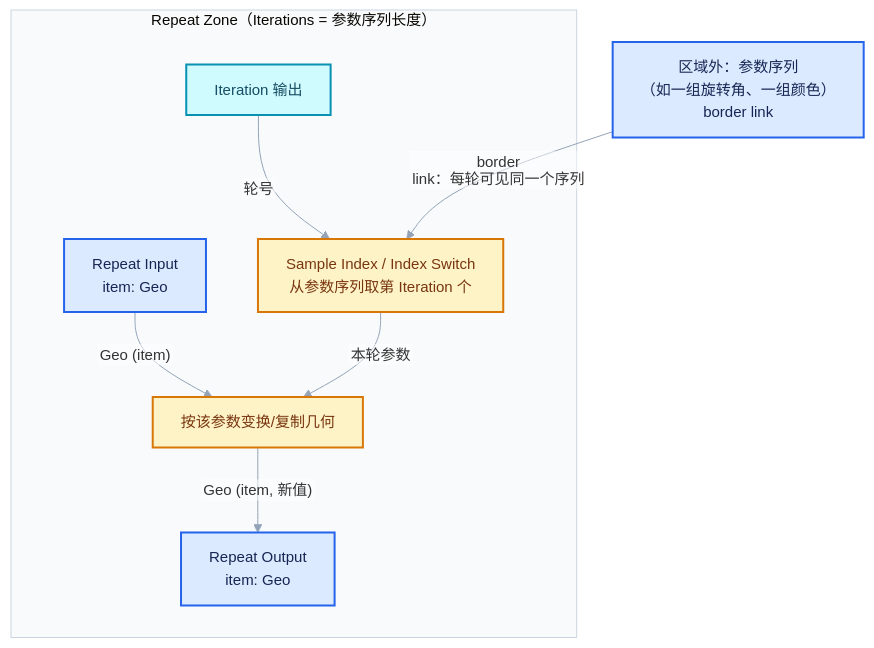
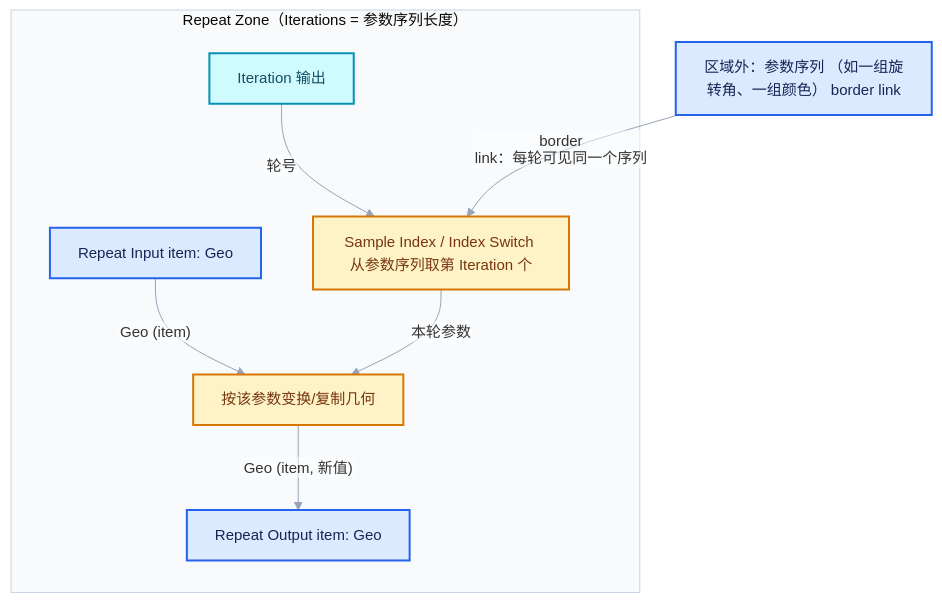
Before and after one commit to yunkezengren/blender-.vscode: diagram 14 of 16 in 杂/markdown/重复区域-dsh/06-实战与性能/01-使用模式与迭代设计.md, drawn with Mermaid. The commit also changed other lines of this file and 27 other files, not shown here.

````diff
--- a/杂/markdown/重复区域-dsh/06-实战与性能/01-使用模式与迭代设计.md
+++ b/杂/markdown/重复区域-dsh/06-实战与性能/01-使用模式与迭代设计.md
@@ -799,26 +780,26 @@
 ```mermaid
 %%{init: {"theme":"base","themeVariables":{"fontFamily":"\"Segoe UI\",\"Microsoft YaHei\",sans-serif","fontSize":"15px","lineColor":"#94A3B8","edgeLabelBackground":"#FFFFFF","clusterBkg":"#F8FAFC","clusterBorder":"#CBD5E1"},"flowchart":{"htmlLabels":false,"curve":"basis","nodeSpacing":52,"rankSpacing":64,"padding":14,"diagramPadding":16,"useMaxWidth":true},"sequence":{"useMaxWidth":true,"wrap":true,"mirrorActors":false,"messageMargin":36}}}%%
 flowchart TB
     subgraph ZONE["Repeat Zone（Iterations = 参数序列长度）"]
-        RI["Repeat Input<br/>item: Geo"]:::input
-        RO["Repeat Output<br/>item: Geo"]:::input
+        RI["Repeat Input item: Geo"]:::input
+        RO["Repeat Output item: Geo"]:::input
         ITER["Iteration 输出"]:::data
 
-        LOOKUP["Sample Index / Index Switch<br/>从参数序列取第 Iteration 个"]:::compute
+        LOOKUP["Sample Index / Index Switch 从参数序列取第 Iteration 个"]:::compute
         APPLY["按该参数变换/复制几何"]:::compute
 
         RI -- "Geo (item)" --> APPLY
         ITER -- "轮号" --> LOOKUP
         LOOKUP -- "本轮参数" --> APPLY
         APPLY -- "Geo (item, 新值)" --> RO
     end
-    PARAMS["区域外：参数序列<br/>（如一组旋转角、一组颜色）<br/>border link"]:::input
+    PARAMS["区域外：参数序列 （如一组旋转角、一组颜色） border link"]:::input
     PARAMS -- "border link：每轮可见同一个序列" --> LOOKUP
 
     classDef input fill:#DBEAFE,stroke:#2563EB,color:#172554,stroke-width:2px;
     classDef data fill:#CFFAFE,stroke:#0891B2,color:#164E63,stroke-width:2px;
     classDef abstraction fill:#EDE9FE,stroke:#7C3AED,color:#3B0764,stroke-width:2px;
     classDef compute fill:#FEF3C7,stroke:#D97706,color:#78350F,stroke-width:2px;
     classDef result fill:#DCFCE7,stroke:#16A34A,color:#14532D,stroke-width:2px;
     classDef error fill:#FEE2E2,stroke:#DC2626,color:#7F1D1D,stroke-width:2px;
 ```
````
